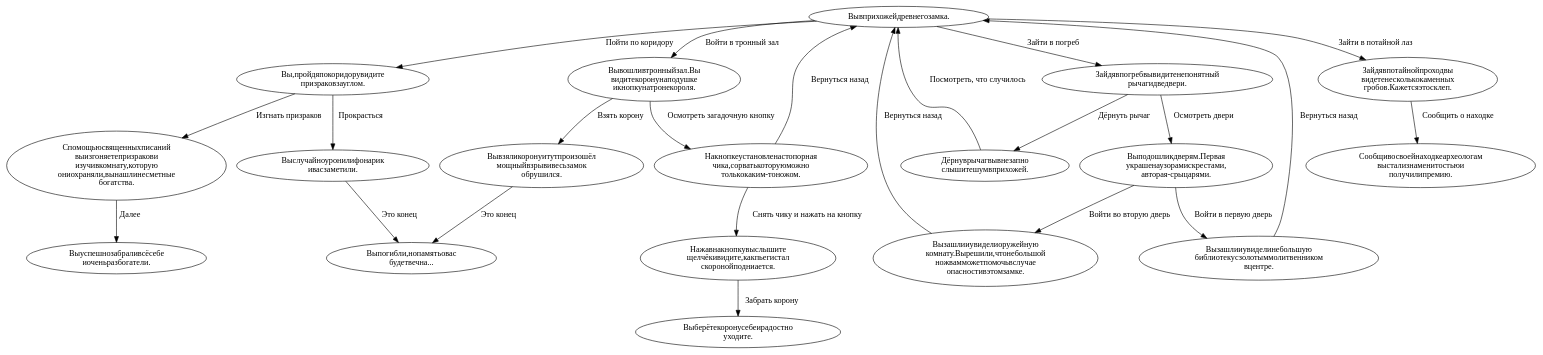
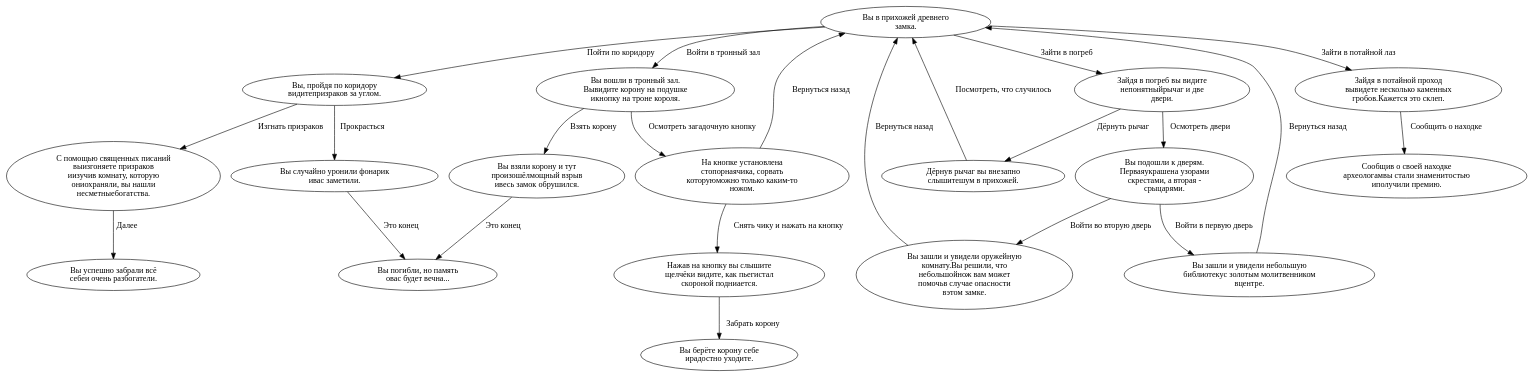
Before and after one commit to VPlotnikov2006/bot_generator: the diagram in Bot_test/TelegramBotData/graph/Graph for bot.gv, drawn with Graphviz. The commit also changed 5 other files, not shown here.

```diff
--- a/Bot_test/TelegramBotData/graph/Graph for bot.gv
+++ b/Bot_test/TelegramBotData/graph/Graph for bot.gv
@@ -1,73 +1,78 @@
 // Your graph
 digraph "Graph for bot" {
-	0 [label="Вывприхожейдревнегозамка."]
-	1 [label="Вы,пройдяпокоридорувидите
-призраковзауглом."]
-	2 [label="Вывошливтронныйзал.Вы
-видитекоронунаподушке
-икнопкунатронекороля."]
-	3 [label="Зайдявпогребвывидитенепонятный
-рычагидведвери."]
-	4 [label="Зайдявпотайнойпроходвы
-видетенесколькокаменных
-гробов.Кажетсяэтосклеп."]
-	5 [label="Сообщивосвоейнаходкеархеологам
-выстализнаменитостьюи
-получилипремию."]
-	6 [label="Спомощьюсвященныхписаний
-выизгоняетепризракови
-изучивкомнату,которую
-ониохраняли,вынашлинесметные
-богатства."]
-	7 [label="Выслучайноуронилифонарик
-ивасзаметили."]
-	8 [label="Вывзяликоронуитутпроизошёл
-мощныйвзрывивесьзамок
-обрушился."]
-	9 [label="Накнопкеустановленастопорная
-чика,сорватькоторуюможно
-толькокаким-тоножом."]
-	10 [label="Дёрнуврычагвывнезапно
-слышитешумвприхожей."]
-	11 [label="Выподошликдверям.Первая
-украшенаузорамискрестами,
-авторая-срыцарями."]
-	12 [label="Выуспешнозабраливсёсебе
-иоченьразбогатели."]
-	13 [label="Нажавнакнопкувыслышите
-щелчёкивидите,какпьегистал
-скоронойподниается."]
-	14 [label="Вызашлииувиделинебольшую
-библиотекусзолотыммолитвенником
-вцентре."]
-	15 [label="Вызашлииувиделиоружейную
-комнату.Вырешили,чтонебольшой
-ножвамможетпомочьвслучае
-опасностивэтомзамке."]
-	16 [label="Выпогибли,нопамятьовас
-будетвечна..."]
-	17 [label="Выберётекоронусебеирадостно
-уходите."]
+	0 [label="Вы в прихожей древнего 
+замка."]
+	1 [label="Вы, пройдя по коридору 
+видитепризраков за углом. "]
+	2 [label="Вы вошли в тронный зал. 
+Вывидите корону на подушке 
+икнопку на троне короля. "]
+	3 [label="Зайдя в погреб вы видите 
+непонятныйрычаг и две 
+двери."]
+	4 [label="Зайдя в потайной проход 
+вывидете несколько каменных 
+гробов.Кажется это склеп. "]
+	5 [label="Сообщив о своей находке 
+археологамвы стали знаменитостью 
+иполучили премию. "]
+	6 [label="С помощью священных писаний 
+выизгоняете призраков 
+иизучив комнату, которую 
+ониохраняли, вы нашли 
+несметныебогатства. "]
+	7 [label="Вы случайно уронили фонарик 
+ивас заметили. "]
+	8 [label="Вы взяли корону и тут 
+произошёлмощный взрыв 
+ивесь замок обрушился. "]
+	9 [label="На кнопке установлена 
+стопорнаячика, сорвать 
+которуюможно только каким-то 
+ножом."]
+	10 [label="Дёрнув рычаг вы внезапно 
+слышитешум в прихожей. "]
+	11 [label="Вы подошли к дверям. 
+Перваяукрашена узорами 
+скрестами, а вторая - 
+срыцарями. "]
+	12 [label="Вы успешно забрали всё 
+себеи очень разбогатели. "]
+	13 [label="Нажав на кнопку вы слышите 
+щелчёки видите, как пьегистал 
+скороной подниается. "]
+	14 [label="Вы зашли и увидели небольшую 
+библиотекус золотым молитвенником 
+вцентре. "]
+	15 [label="Вы зашли и увидели оружейную 
+комнату.Вы решили, что 
+небольшойнож вам может 
+помочьв случае опасности 
+вэтом замке. "]
+	16 [label="Вы погибли, но память 
+овас будет вечна... "]
+	17 [label="Вы берёте корону себе 
+ирадостно уходите. "]
 	0 -> 1 [label="Пойти по коридору"]
 	0 -> 2 [label="Войти в тронный зал"]
 	0 -> 3 [label="Зайти в погреб"]
 	0 -> 4 [label="Зайти в потайной лаз"]
 	1 -> 6 [label="Изгнать призраков"]
 	1 -> 7 [label="Прокрасться"]
 	2 -> 8 [label="Взять корону"]
 	2 -> 9 [label="Осмотреть загадочную кнопку"]
 	3 -> 10 [label="Дёрнуть рычаг"]
 	3 -> 11 [label="Осмотреть двери"]
 	4 -> 5 [label="Сообщить о находке"]
 	6 -> 12 [label="Далее"]
 	7 -> 16 [label="Это конец"]
 	8 -> 16 [label="Это конец"]
 	9 -> 13 [label="Снять чику и нажать на кнопку"]
 	9 -> 0 [label="Вернуться назад"]
 	10 -> 0 [label="Посмотреть, что случилось"]
 	11 -> 14 [label="Войти в первую дверь"]
 	11 -> 15 [label="Войти во вторую дверь"]
 	13 -> 17 [label="Забрать корону"]
 	14 -> 0 [label="Вернуться назад"]
 	15 -> 0 [label="Вернуться назад"]
 }
```
